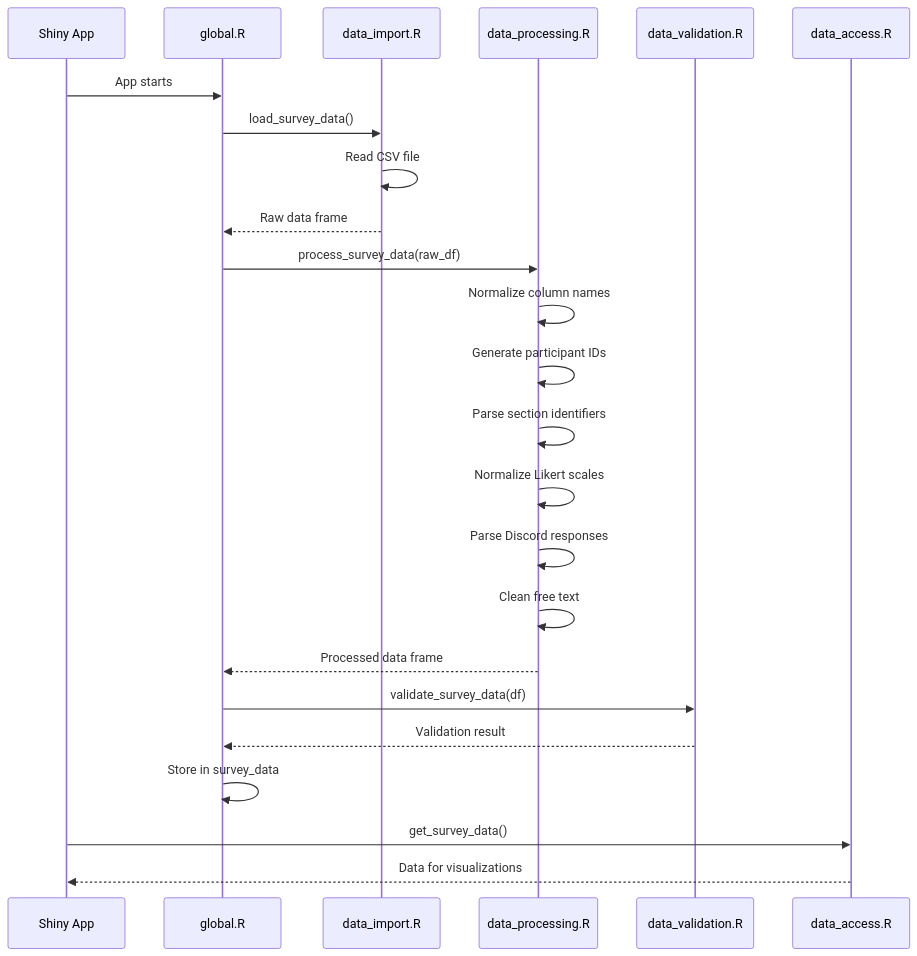
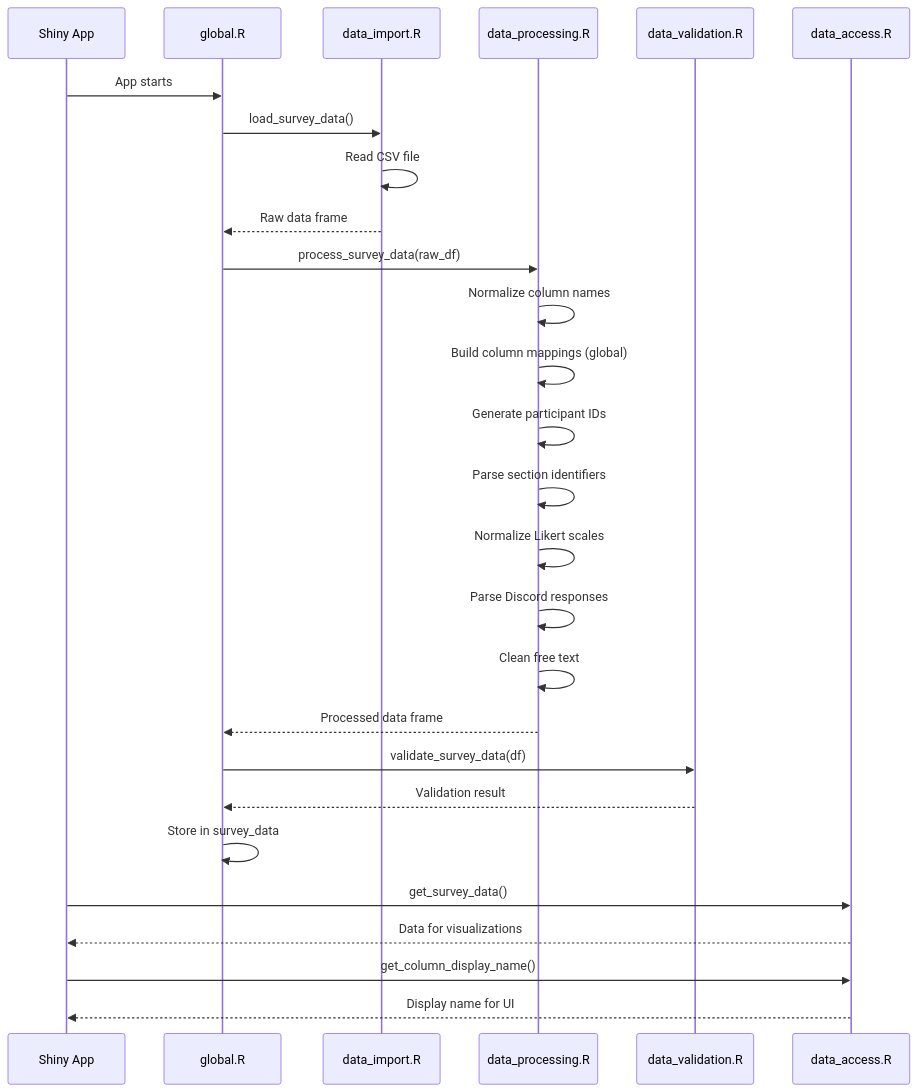
One commit to MarkErik/op-survey-analysis changed the second of 2 diagrams in plans/data_import_processing_architecture.md. Above: the diagram before and after it, drawn with Mermaid. The commit also changed other lines of this file and 1 other file, not shown here.

````diff
--- a/plans/data_import_processing_architecture.md
+++ b/plans/data_import_processing_architecture.md
@@ -576,27 +660,30 @@
 ```mermaid
 sequenceDiagram
     participant App as Shiny App
     participant Global as global.R
     participant Import as data_import.R
     participant Process as data_processing.R
     participant Validate as data_validation.R
     participant Access as data_access.R
 
     App->>Global: App starts
     Global->>Import: load_survey_data()
     Import->>Import: Read CSV file
     Import-->>Global: Raw data frame
     Global->>Process: process_survey_data(raw_df)
     Process->>Process: Normalize column names
+    Process->>Process: Build column mappings (global)
     Process->>Process: Generate participant IDs
     Process->>Process: Parse section identifiers
     Process->>Process: Normalize Likert scales
     Process->>Process: Parse Discord responses
     Process->>Process: Clean free text
     Process-->>Global: Processed data frame
     Global->>Validate: validate_survey_data(df)
     Validate-->>Global: Validation result
     Global->>Global: Store in survey_data
     App->>Access: get_survey_data()
     Access-->>App: Data for visualizations
+    App->>Access: get_column_display_name()
+    Access-->>App: Display name for UI
 ```
````
